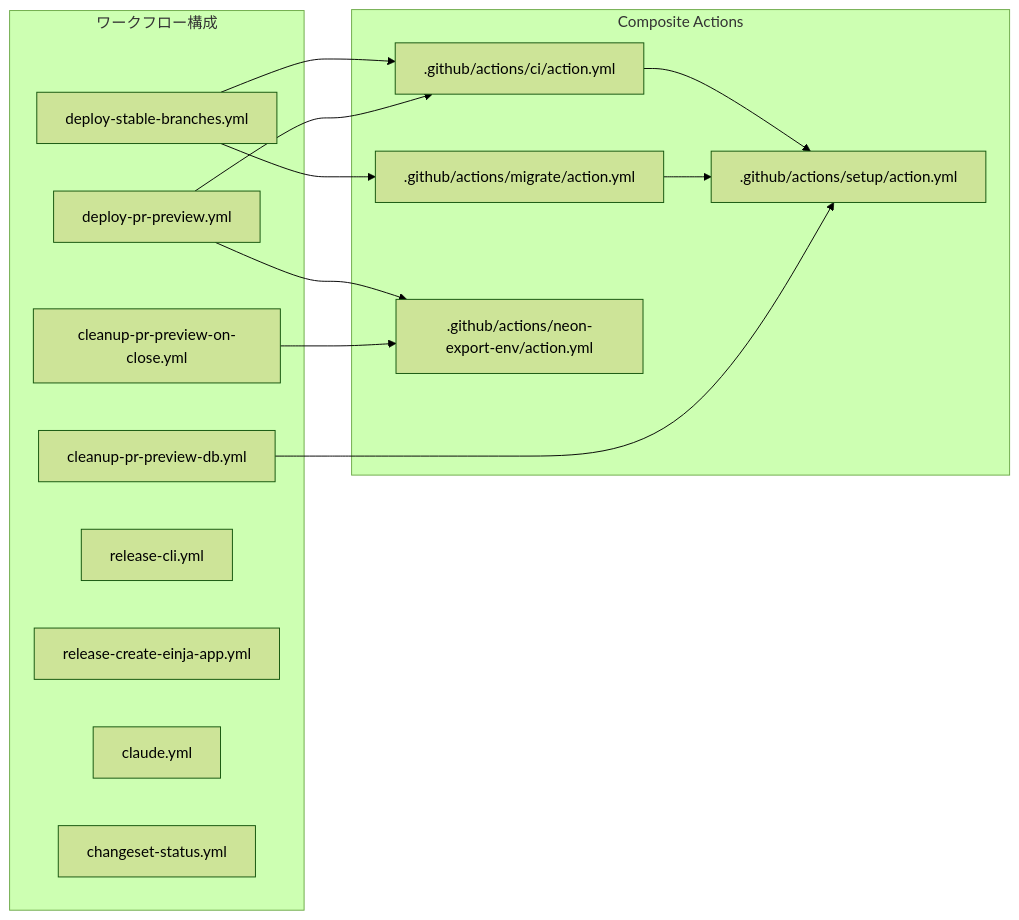
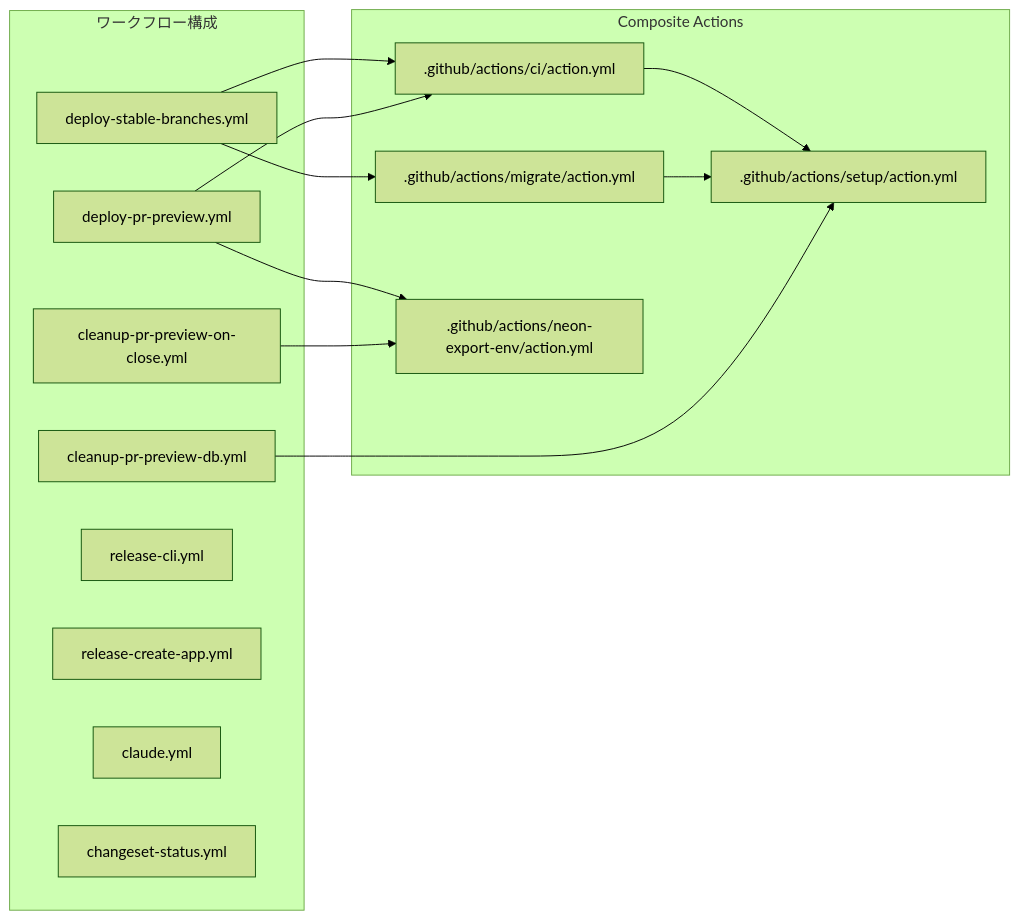
One commit to einja-inc/einja-management-template changed the second of 14 diagrams in docs/einja/steering/infrastructure/deployment.md. Above: the diagram before and after it, drawn with Mermaid (forest theme). The commit also changed other lines of this file and 163 other files, not shown here.

First line of the commit message:
feat: create-einja-app→create-app リネーム・Skill体系再構築

````diff
--- a/docs/einja/steering/infrastructure/deployment.md
+++ b/docs/einja/steering/infrastructure/deployment.md
@@ -127,29 +127,29 @@
 ```mermaid
 graph LR
     subgraph "ワークフロー構成"
         DeployStable[deploy-stable-branches.yml]
         DeployPR[deploy-pr-preview.yml]
         CleanupClose[cleanup-pr-preview-on-close.yml]
         Cleanup[cleanup-pr-preview-db.yml]
         ReleaseCLI[release-cli.yml]
-        ReleaseApp[release-create-einja-app.yml]
+        ReleaseApp[release-create-app.yml]
         Claude[claude.yml]
         ChangesetStatus[changeset-status.yml]
     end
 
     subgraph "Composite Actions"
         SetupAction[.github/actions/setup/action.yml]
         CIAction[.github/actions/ci/action.yml]
         MigrateAction[.github/actions/migrate/action.yml]
         NeonExportEnv[.github/actions/neon-export-env/action.yml]
     end
 
     DeployStable --> CIAction
     DeployStable --> MigrateAction
     DeployPR --> CIAction
     DeployPR --> NeonExportEnv
     CleanupClose --> NeonExportEnv
     CIAction --> SetupAction
     MigrateAction --> SetupAction
     Cleanup --> SetupAction
 ```
````
